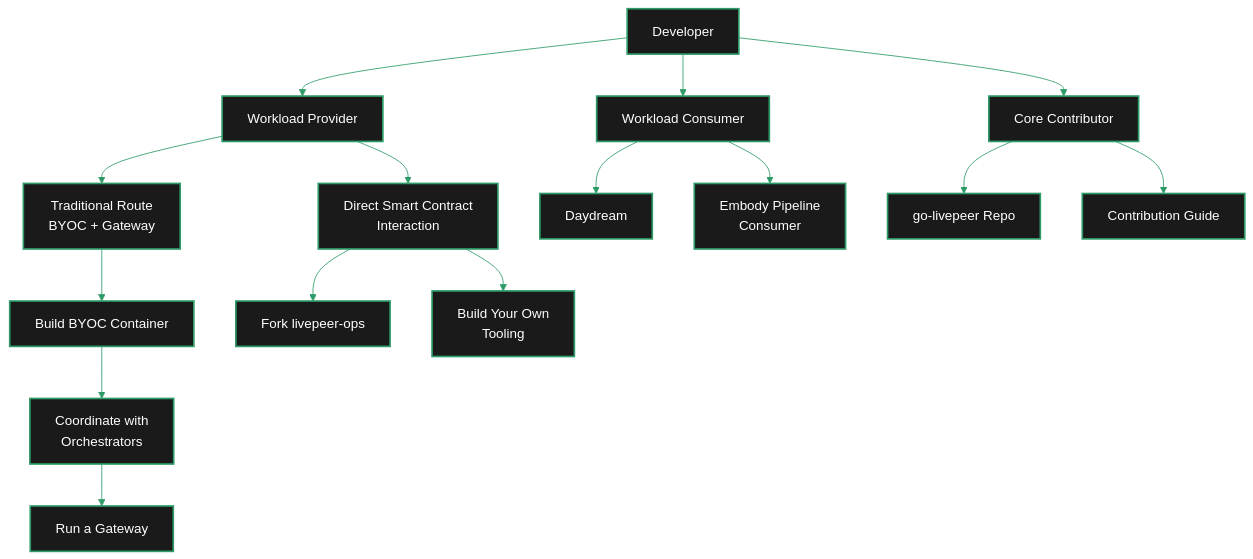
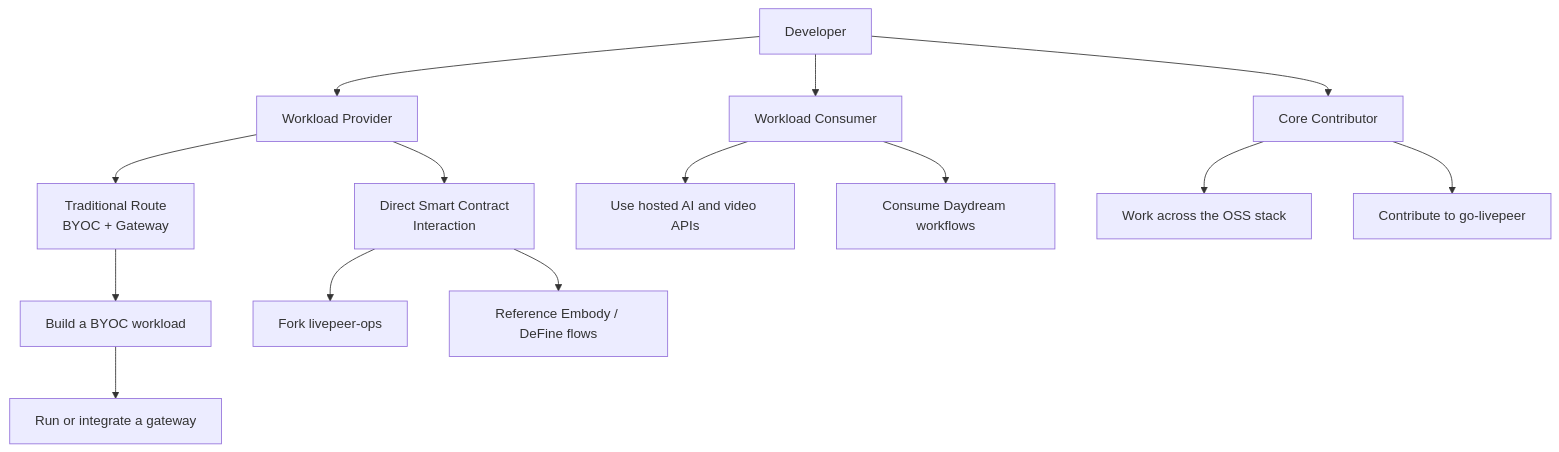
One commit to livepeer/docs changed the diagram in v2/developers/developer-journey.mdx. Above: the diagram before and after it, drawn with Mermaid. The commit also changed other lines of this file and 4143 other files, not shown here.

````diff
--- a/v2/developers/developer-journey.mdx
+++ b/v2/developers/developer-journey.mdx
@@ -31,25 +179,21 @@
 ```mermaid
-%%{init: {'theme': 'base', 'themeVariables': { 'primaryColor': '#1a1a1a', 'primaryTextColor': '#fff', 'primaryBorderColor': '#2d9a67', 'lineColor': '#2d9a67', 'secondaryColor': '#0d0d0d', 'tertiaryColor': '#1a1a1a', 'background': '#0d0d0d', 'fontFamily': 'system-ui', 'clusterBkg': 'rgba(255,255,255,0.05)', 'clusterBorder': '#2d9a67' }}}%%
 flowchart TD
-    classDef default stroke-width:2px
-
     Start["Developer"] --> WP["Workload Provider"]
     Start --> WC["Workload Consumer"]
     Start --> CC["Core Contributor"]
 
-    WP --> TR["Traditional Route<br/>BYOC + Gateway"]
-    WP --> SC["Direct Smart Contract<br/>Interaction"]
+    WP --> TR["Traditional Route\nBYOC + Gateway"]
+    WP --> SC["Direct Smart Contract\nInteraction"]
 
-    TR --> BYOC["Build BYOC Container"]
-    BYOC --> COORD["Coordinate with<br/>Orchestrators"]
-    COORD --> GW["Run a Gateway"]
+    TR --> BYOC["Build a BYOC workload"]
+    BYOC --> GW["Run or integrate a gateway"]
 
     SC --> OPS["Fork livepeer-ops"]
-    SC --> CUSTOM["Build Your Own<br/>Tooling"]
+    SC --> EMB["Reference Embody / DeFine flows"]
 
-    WC --> DD["Daydream"]
-    WC --> EP["Embody Pipeline<br/>Consumer"]
+    WC --> AI["Use hosted AI and video APIs"]
+    WC --> DD["Consume Daydream workflows"]
 
-    CC --> REPO["go-livepeer Repo"]
-    CC --> CG["Contribution Guide"]
+    CC --> OSS["Work across the OSS stack"]
+    CC --> GL["Contribute to go-livepeer"]
 ```
````
